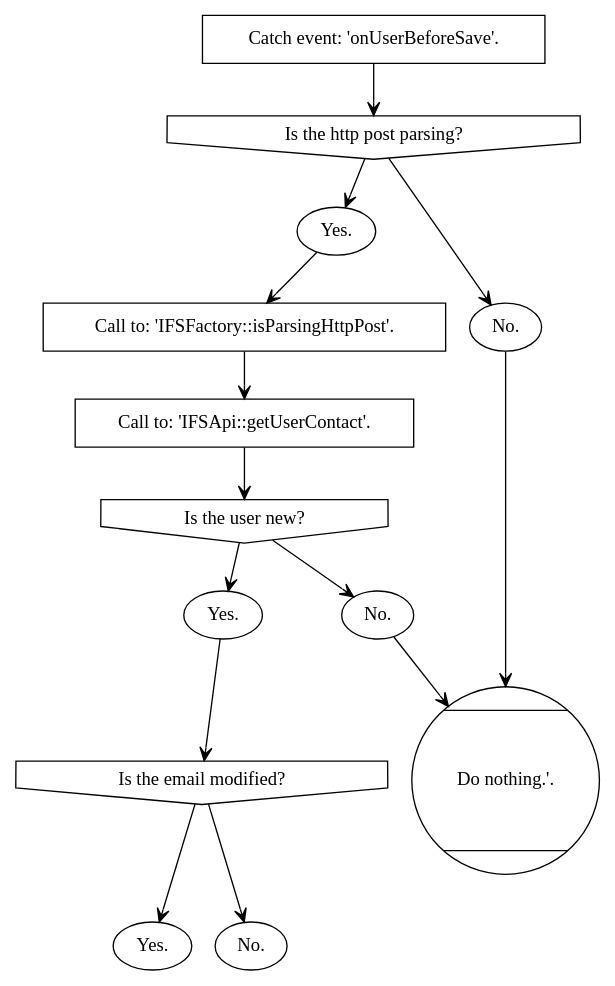
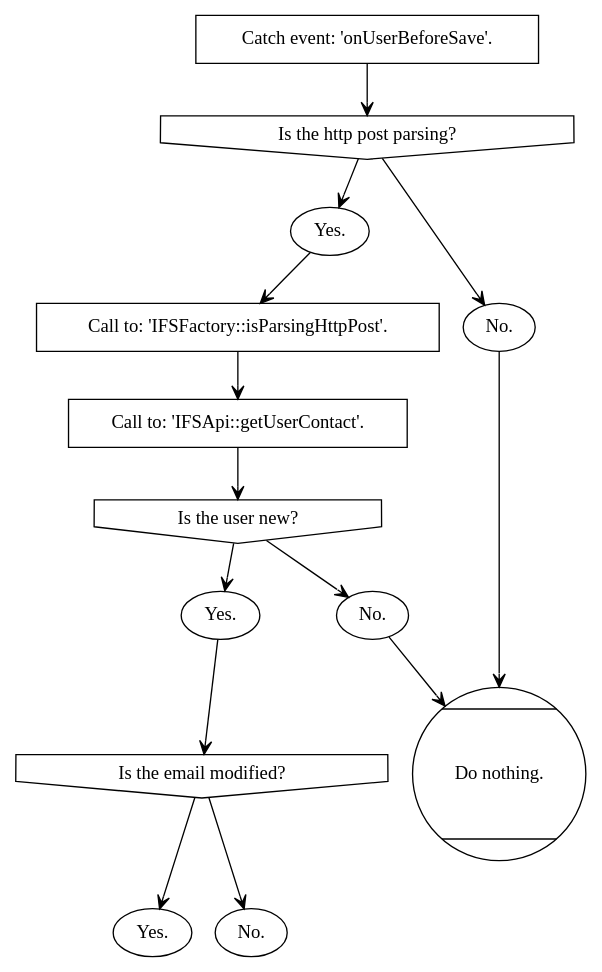
Before and after one commit to treste91/JoomFuse: the first of 2 diagrams in docs/procedures/upload_user.rst, drawn with Graphviz. The commit also changed other lines of this file, not shown here.

```diff
--- a/docs/procedures/upload_user.rst
+++ b/docs/procedures/upload_user.rst
@@ -4,33 +7,33 @@
 .. graphviz::
 
    digraph {
         
       1 [label="Catch event: 'onUserBeforeSave'." shape=trapeziod]
       2 [label="Is the http post parsing?" shape=invhouse]
       3 [label="Yes." shape=oval]
       4 [label="No." shape=oval]
       5 [label="Call to: 'IFSFactory::isParsingHttpPost'." shape=rectangle]
       6 [label="Call to: 'IFSApi::getUserContact'." shape=rectangle]
       7 [label="Is the user new?" shape=invhouse]
       8 [label="Yes." shape=oval]
       9 [label="No." shape=oval]
       10 [label="Is the email modified?" shape=invhouse]
       11 [label="Yes." shape=oval]
       12 [label="No." shape=oval]
-      13 [label="Do nothing.'." shape=Mcircle]
+      13 [label="Do nothing." shape=Mcircle]
 
       1 -> 2 [arrowhead=vee arrowsize=1]
       2 -> 3 [arrowhead=vee arrowsize=1]
       2 -> 4 [arrowhead=vee arrowsize=1]
       4 -> 13 [arrowhead=vee arrowsize=1]
       3 -> 5 [arrowhead=vee arrowsize=1]
       5 -> 6 [arrowhead=vee arrowsize=1]
       6 -> 7 [arrowhead=vee arrowsize=1]
       7 -> 8 [arrowhead=vee arrowsize=1]
       7 -> 9 [arrowhead=vee arrowsize=1]
       9 -> 13 [arrowhead=vee arrowsize=1]
       8 -> 10 [arrowhead=vee arrowsize=1]
       10 -> 11 [arrowhead=vee arrowsize=1]
       10 -> 12 [arrowhead=vee arrowsize=1]
       
    }
```
